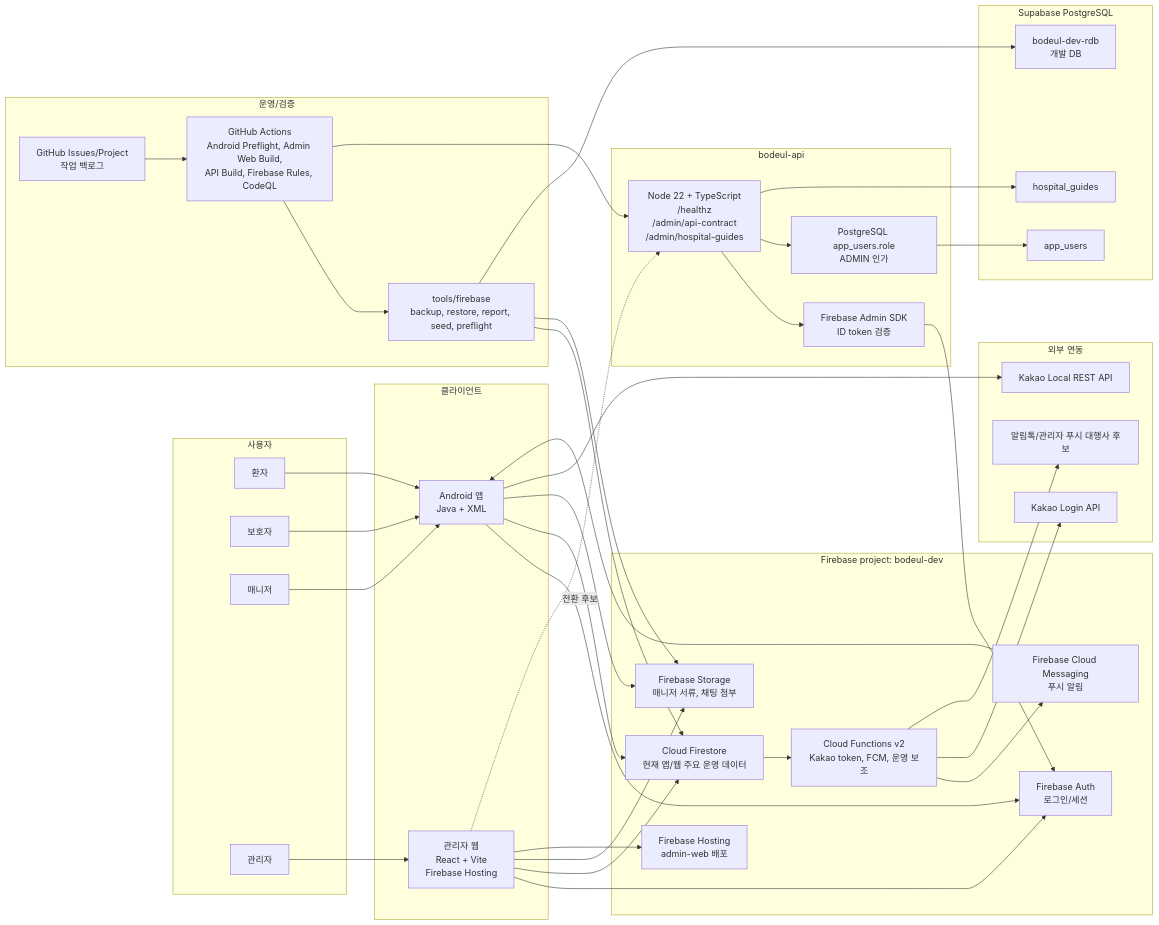
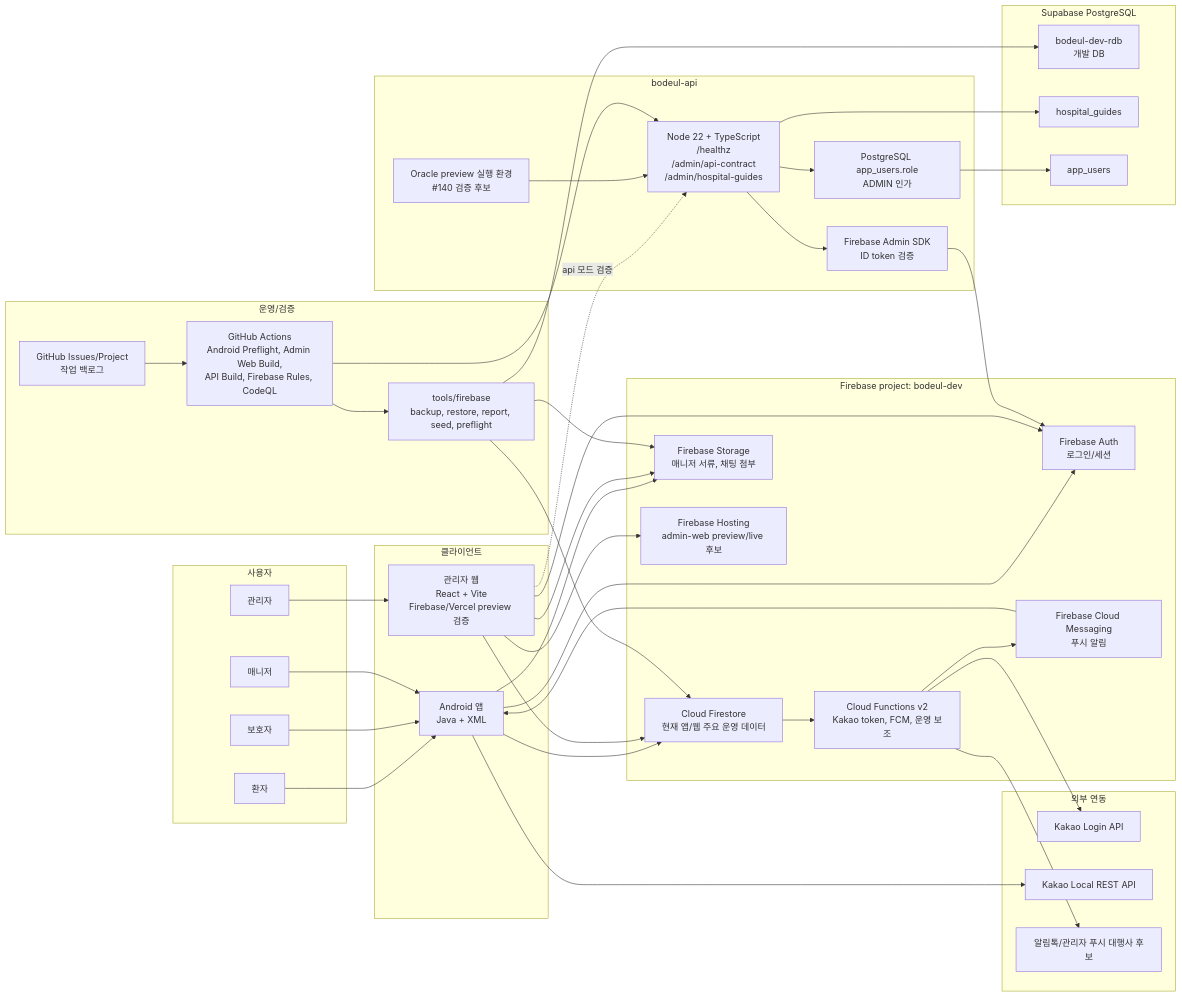
One commit to bodeul110/Bodeul changed the diagram in docs/architecture/infra-overview.md. Above: the diagram before and after it, drawn with Mermaid. The commit also changed other lines of this file and 9 other files, not shown here.

```diff
--- a/docs/architecture/infra-overview.md
+++ b/docs/architecture/infra-overview.md
@@ -29,7 +31,7 @@
 
   subgraph Clients["클라이언트"]
     Android["Android 앱\nJava + XML"]
-    AdminWeb["관리자 웹\nReact + Vite\nFirebase Hosting"]
+    AdminWeb["관리자 웹\nReact + Vite\nFirebase/Vercel preview 검증"]
   end
 
   subgraph Firebase["Firebase project: bodeul-dev"]
@@ -38,11 +40,12 @@
     Storage["Firebase Storage\n매니저 서류, 채팅 첨부"]
     Functions["Cloud Functions v2\nKakao token, FCM, 운영 보조"]
     FCM["Firebase Cloud Messaging\n푸시 알림"]
-    Hosting["Firebase Hosting\nadmin-web 배포"]
+    Hosting["Firebase Hosting\nadmin-web preview/live 후보"]
   end
 
   subgraph Api["bodeul-api"]
     ApiServer["Node 22 + TypeScript\n/healthz\n/admin/api-contract\n/admin/hospital-guides"]
+    Oracle["Oracle preview 실행 환경\n#140 검증 후보"]
     FirebaseAdmin["Firebase Admin SDK\nID token 검증"]
     AdminRole["PostgreSQL app_users.role\nADMIN 인가"]
   end
@@ -78,7 +81,8 @@
   AdminWeb --> Storage
   AdminWeb --> Hosting
 
-  AdminWeb -. "전환 후보" .-> ApiServer
+  AdminWeb -. "api 모드 검증" .-> ApiServer
+  Oracle --> ApiServer
   ApiServer --> FirebaseAdmin
   FirebaseAdmin --> Auth
   ApiServer --> AdminRole
```
